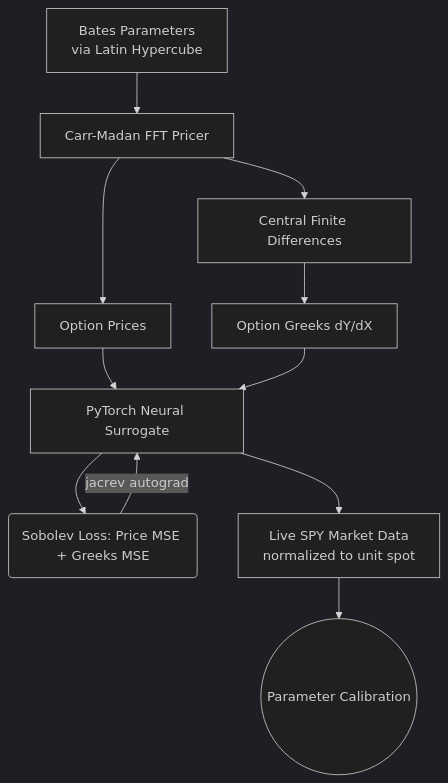
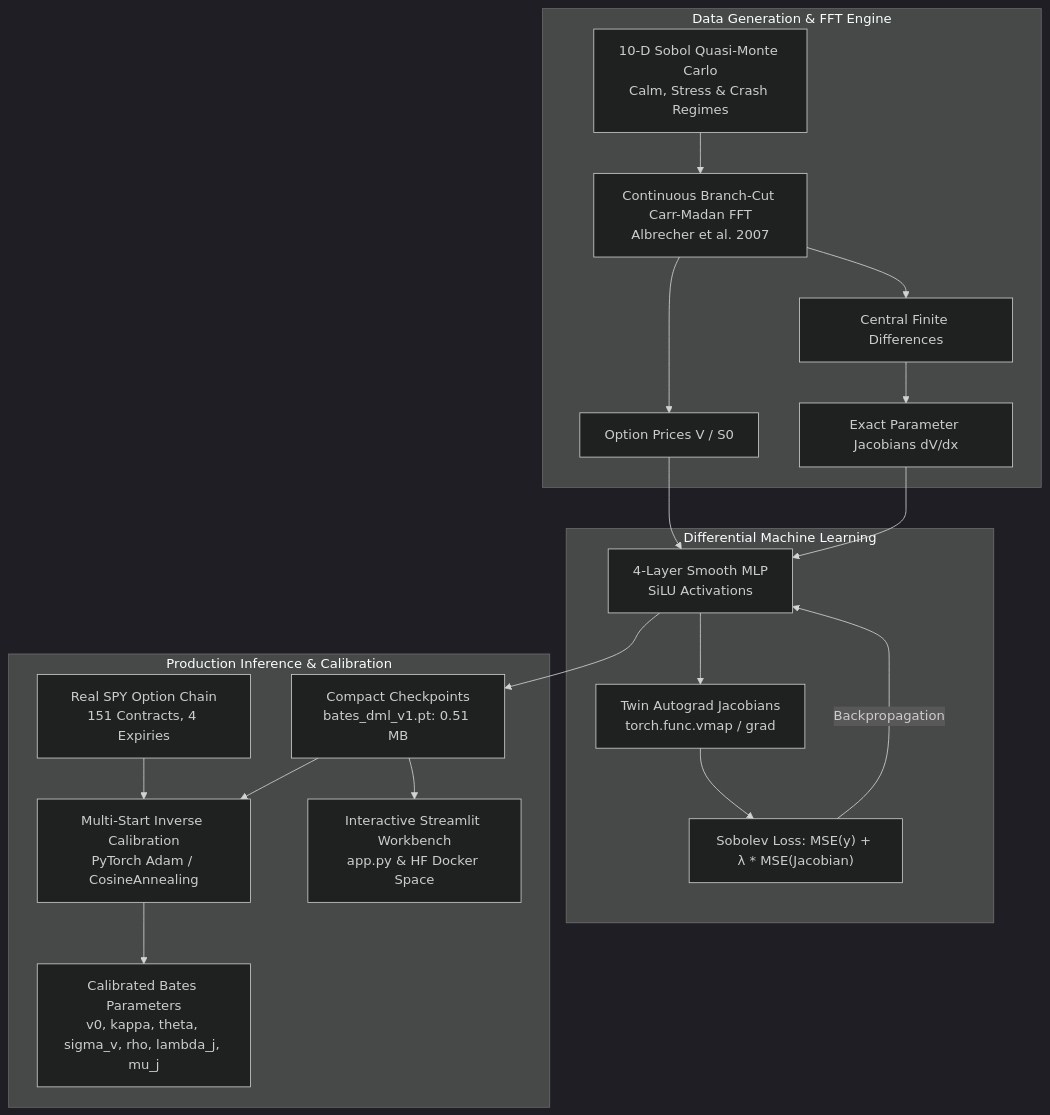
The diagram in README.md (Amanatar/neural-bates-dml), drawn with Mermaid (dark theme) before and after one commit. The commit also changed other lines of this file and 22 other files, not shown here.

Commit message:
feat: complete Sobolev DML Bates SVJD engine (Phase 1-4) with SPY calibration, Streamlit workbench, and Docker deployment

````diff
--- a/README.md
+++ b/README.md
@@ -25,16 +45,25 @@
 ```mermaid
 graph TD
-    A[Bates Parameters<br/>via Latin Hypercube] --> B[Carr-Madan FFT Pricer]
-    B --> C[Option Prices]
-    B --> D[Central Finite Differences]
-    D --> E[Option Greeks dY/dX]
-    
-    C --> F[PyTorch Neural Surrogate]
-    E --> F
-    
-    F --> G(Sobolev Loss: Price MSE + Greeks MSE)
-    G -->|jacrev autograd| F
-    
-    F --> H[Live SPY Market Data<br/>normalized to unit spot]
-    H --> I((Parameter Calibration))
+    subgraph Data Generation & FFT Engine
+        A[10-D Sobol Quasi-Monte Carlo<br/>Calm, Stress & Crash Regimes] --> B[Continuous Branch-Cut Carr-Madan FFT<br/>Albrecher et al. 2007]
+        B --> C[Option Prices V / S0]
+        B --> D[Central Finite Differences]
+        D --> E[Exact Parameter Jacobians dV/dx]
+    end
+
+    subgraph Differential Machine Learning
+        C --> F[4-Layer Smooth MLP<br/>SiLU Activations]
+        E --> F
+        F --> G[Twin Autograd Jacobians<br/>torch.func.vmap / grad]
+        G --> H["Sobolev Loss: MSE(y) + λ * MSE(Jacobian)"]
+        H -->|Backpropagation| F
+    end
+
+    subgraph Production Inference & Calibration
+        F --> I[Compact Checkpoints<br/>bates_dml_v1.pt: 0.51 MB]
+        J[Real SPY Option Chain<br/>151 Contracts, 4 Expiries] --> K[Multi-Start Inverse Calibration<br/>PyTorch Adam / CosineAnnealing]
+        I --> K
+        K --> L[Calibrated Bates Parameters<br/>v0, kappa, theta, sigma_v, rho, lambda_j, mu_j]
+        I --> M[Interactive Streamlit Workbench<br/>app.py & HF Docker Space]
+    end
 ```
````
